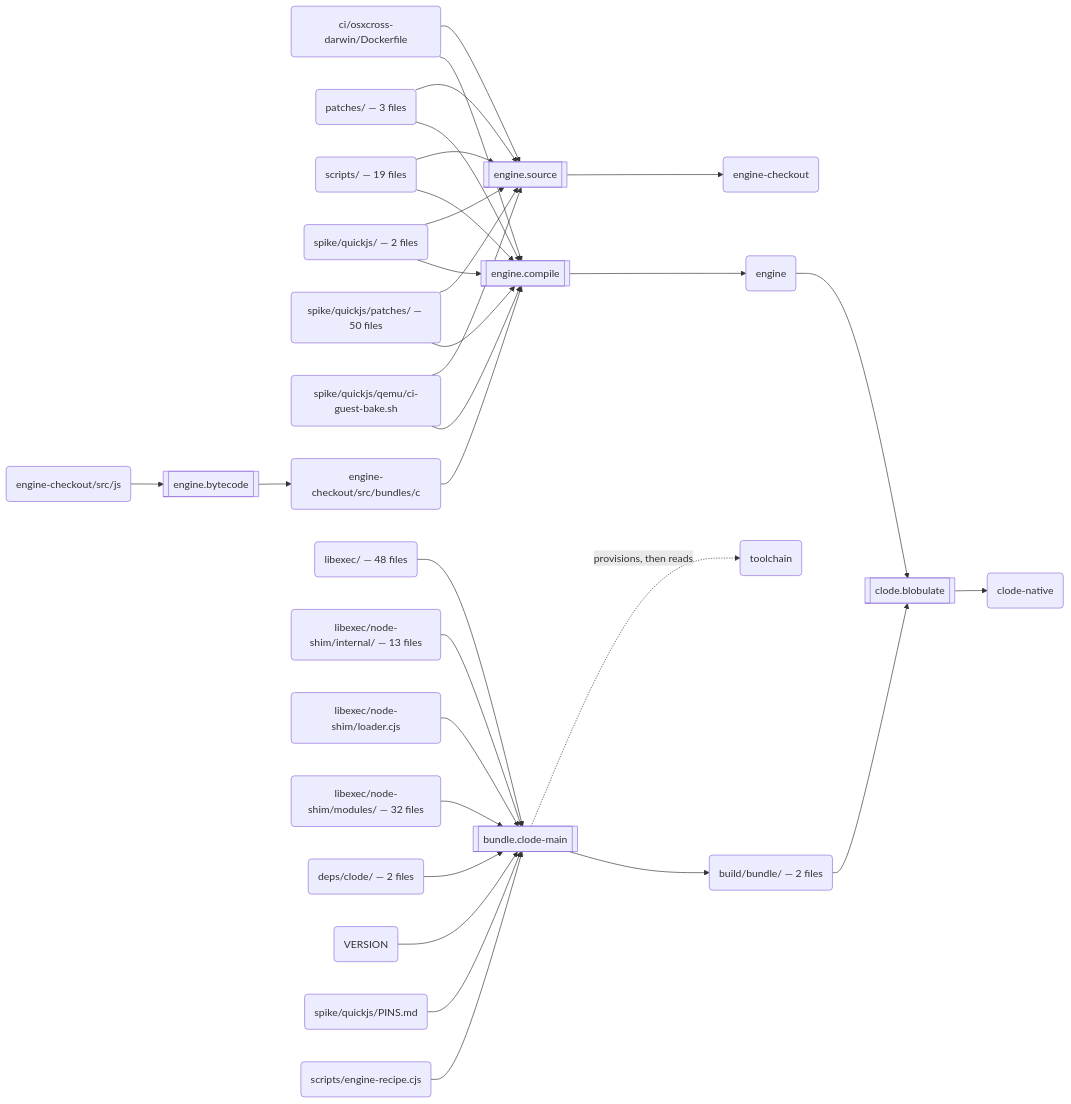
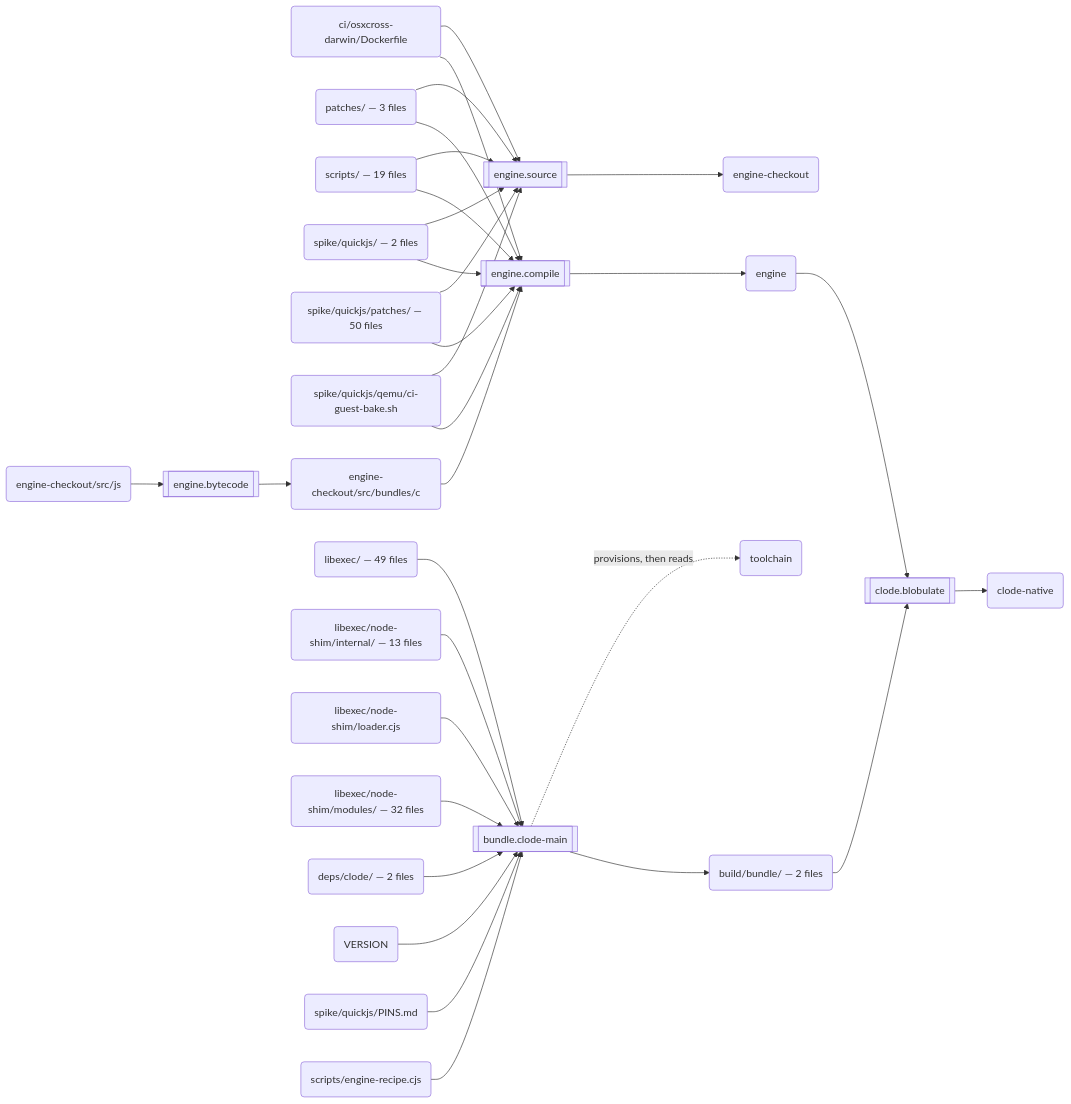
The second of 3 diagrams in docs/build.md (schmonz/clode), drawn with Mermaid before and after one commit. The commit also changed 9 other files, not shown here.

````diff
--- a/docs/build.md
+++ b/docs/build.md
@@ -123,59 +123,59 @@
 ```mermaid
 flowchart LR
   s0[["engine.source"]]
   a0("ci/osxcross-darwin/Dockerfile")
   a1("patches/ — 3 files")
   a2("scripts/ — 19 files")
   a3("spike/quickjs/ — 2 files")
   a4("spike/quickjs/patches/ — 50 files")
   a5("spike/quickjs/qemu/ci-guest-bake.sh")
   a6("engine-checkout")
   s1[["engine.bytecode"]]
   a7("engine-checkout/src/js")
   a8("engine-checkout/src/bundles/c")
   s2[["engine.compile"]]
   a9("engine")
   s3[["bundle.clode-main"]]
-  a10("libexec/ — 48 files")
+  a10("libexec/ — 49 files")
   a11("libexec/node-shim/internal/ — 13 files")
   a12("libexec/node-shim/loader.cjs")
   a13("libexec/node-shim/modules/ — 32 files")
   a14("deps/clode/ — 2 files")
   a15("VERSION")
   a16("spike/quickjs/PINS.md")
   a17("scripts/engine-recipe.cjs")
   a18("toolchain")
   a19("build/bundle/ — 2 files")
   s4[["clode.blobulate"]]
   a20("clode-native")
   a0 --> s0
   a1 --> s0
   a2 --> s0
   a3 --> s0
   a4 --> s0
   a5 --> s0
   s0 --> a6
   a7 --> s1
   s1 --> a8
   a8 --> s2
   a0 --> s2
   a1 --> s2
   a2 --> s2
   a3 --> s2
   a4 --> s2
   a5 --> s2
   s2 --> a9
   a10 --> s3
   a11 --> s3
   a12 --> s3
   a13 --> s3
   a14 --> s3
   a15 --> s3
   a16 --> s3
   a17 --> s3
   s3 -.->|"provisions, then reads"| a18
   s3 --> a19
   a9 --> s4
   a19 --> s4
   s4 --> a20
 ```
````
